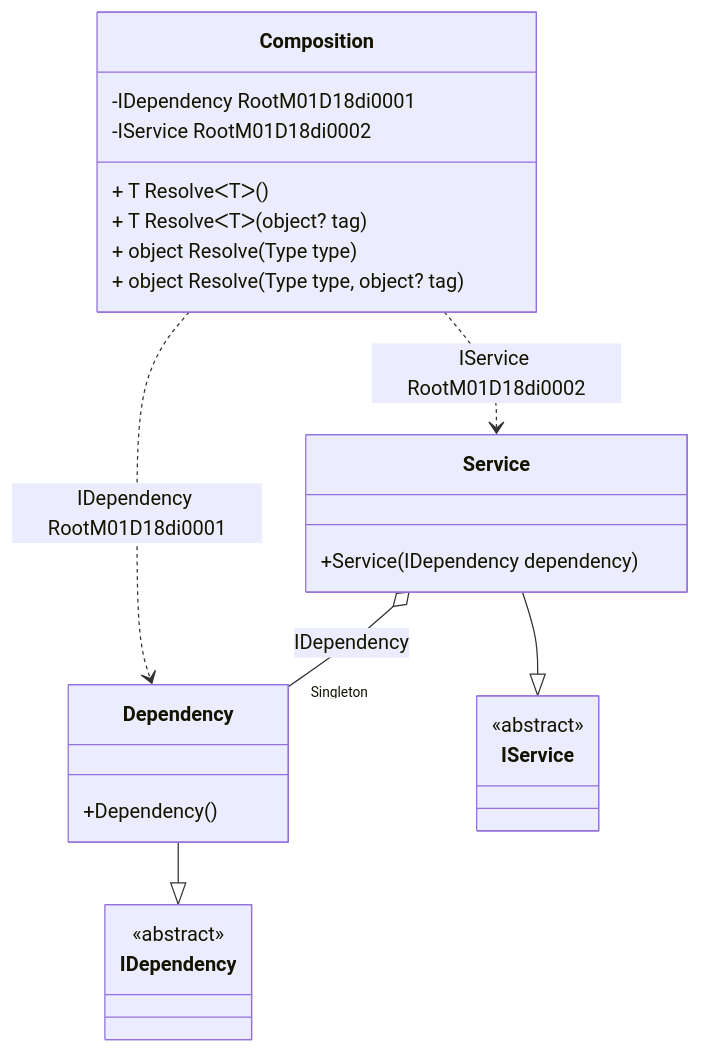
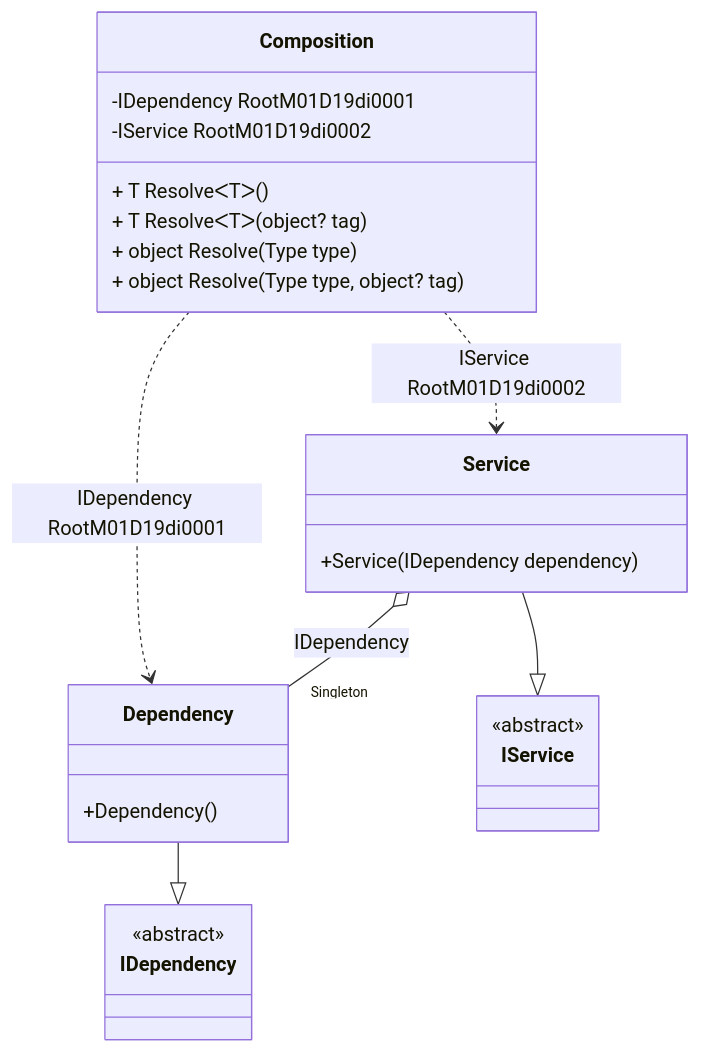
The diagram in readme/service-collection.md (DevTeam/Pure.DI), drawn with Mermaid before and after one commit. The commit also changed other lines of this file and 113 other files, not shown here.

````diff
--- a/readme/service-collection.md
+++ b/readme/service-collection.md
@@ -47,28 +47,28 @@
 ```mermaid
 classDiagram
   class Composition {
-    -IDependency RootM01D18di0001
-    -IService RootM01D18di0002
+    -IDependency RootM01D19di0001
+    -IService RootM01D19di0002
     + T ResolveᐸTᐳ()
     + T ResolveᐸTᐳ(object? tag)
     + object Resolve(Type type)
     + object Resolve(Type type, object? tag)
   }
   Dependency --|> IDependency : 
   class Dependency {
     +Dependency()
   }
   Service --|> IService : 
   class Service {
     +Service(IDependency dependency)
   }
   class IDependency {
     <<abstract>>
   }
   class IService {
     <<abstract>>
   }
   Service o--  "Singleton" Dependency : IDependency
-  Composition ..> Dependency : IDependency RootM01D18di0001
-  Composition ..> Service : IService RootM01D18di0002
+  Composition ..> Dependency : IDependency RootM01D19di0001
+  Composition ..> Service : IService RootM01D19di0002
 ```
````
